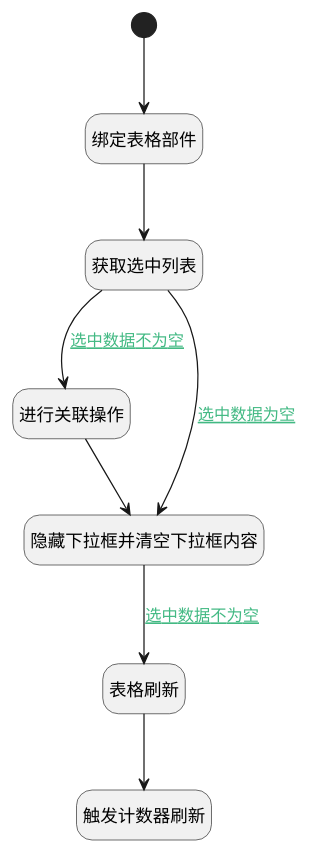
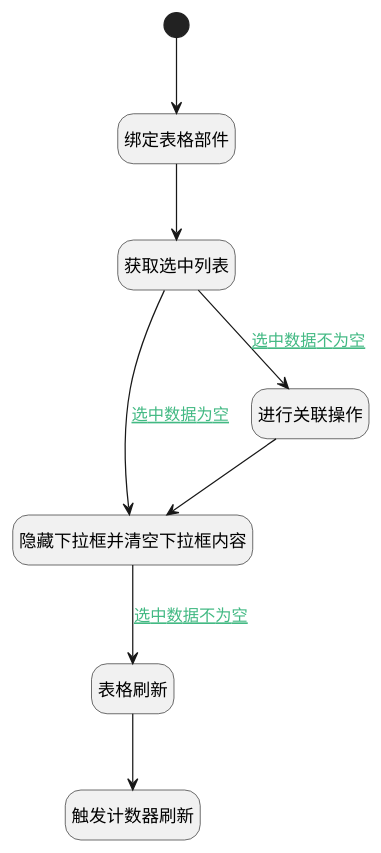
Before and after one commit to iBizLab/plm: the diagram in doc/docsify/module/TestMgmt/test_case/uilogic/work_item_relation_test_case.md, drawn with PlantUML. The commit also changed other lines of this file and 1276 other files, not shown here.

````diff
--- a/doc/docsify/module/TestMgmt/test_case/uilogic/work_item_relation_test_case.md
+++ b/doc/docsify/module/TestMgmt/test_case/uilogic/work_item_relation_test_case.md
@@ -7,30 +7,30 @@
 ```plantuml
 @startuml
 hide footbox
 <style>
 root {
   HyperlinkColor #42b983
 }
 </style>
 
 hide empty description
 state "开始" as Begin <<start>> [[$./work_item_relation_test_case#begin {开始}]]
-state "表格刷新" as VIEWCTRLINVOKE1  [[$./work_item_relation_test_case#viewctrlinvoke1 {表格刷新}]]
+state "隐藏下拉框并清空下拉框内容" as RAWJSCODE1  [[$./work_item_relation_test_case#rawjscode1 {隐藏下拉框并清空下拉框内容}]]
+state "触发计数器刷新" as RAWJSCODE3  [[$./work_item_relation_test_case#rawjscode3 {触发计数器刷新}]]
 state "绑定表格部件" as PREPAREJSPARAM1  [[$./work_item_relation_test_case#preparejsparam1 {绑定表格部件}]]
 state "进行关联操作" as DEACTION1  [[$./work_item_relation_test_case#deaction1 {进行关联操作}]]
-state "触发计数器刷新" as RAWJSCODE3  [[$./work_item_relation_test_case#rawjscode3 {触发计数器刷新}]]
+state "表格刷新" as VIEWCTRLINVOKE1  [[$./work_item_relation_test_case#viewctrlinvoke1 {表格刷新}]]
 state "获取选中列表" as RAWJSCODE2  [[$./work_item_relation_test_case#rawjscode2 {获取选中列表}]]
-state "隐藏下拉框并清空下拉框内容" as RAWJSCODE1  [[$./work_item_relation_test_case#rawjscode1 {隐藏下拉框并清空下拉框内容}]]
 
 
 Begin --> PREPAREJSPARAM1
 PREPAREJSPARAM1 --> RAWJSCODE2
 RAWJSCODE2 --> DEACTION1 : [[$./work_item_relation_test_case#rawjscode2-deaction1{选中数据不为空} 选中数据不为空]]
 DEACTION1 --> RAWJSCODE1
 RAWJSCODE1 --> VIEWCTRLINVOKE1 : [[$./work_item_relation_test_case#rawjscode1-viewctrlinvoke1{选中数据不为空} 选中数据不为空]]
 VIEWCTRLINVOKE1 --> RAWJSCODE3
 RAWJSCODE2 --> RAWJSCODE1 : [[$./work_item_relation_test_case#rawjscode2-rawjscode1{选中数据为空} 选中数据为空]]
 
 
 @enduml
 ```
````
